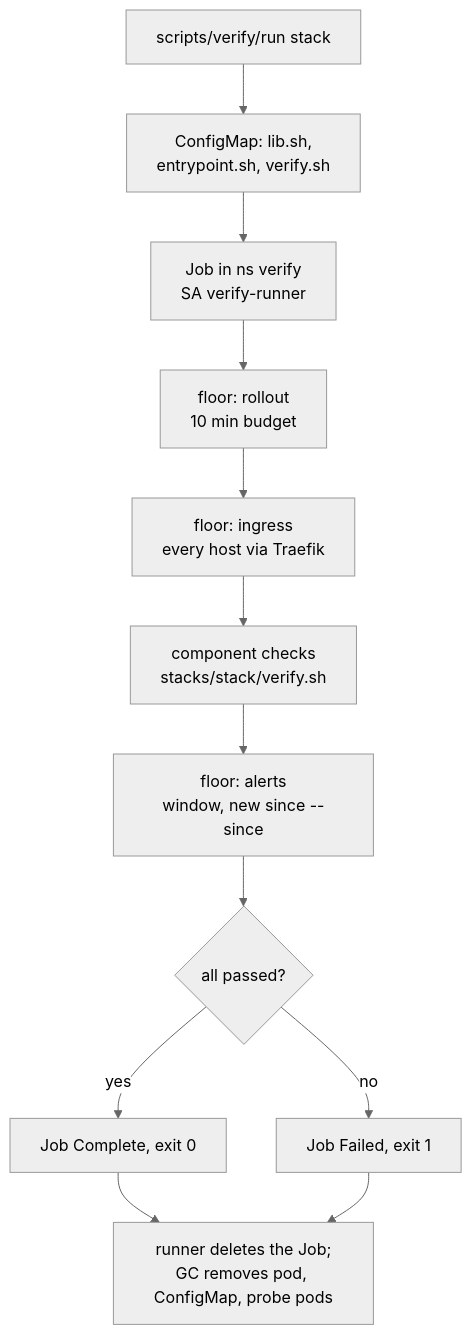
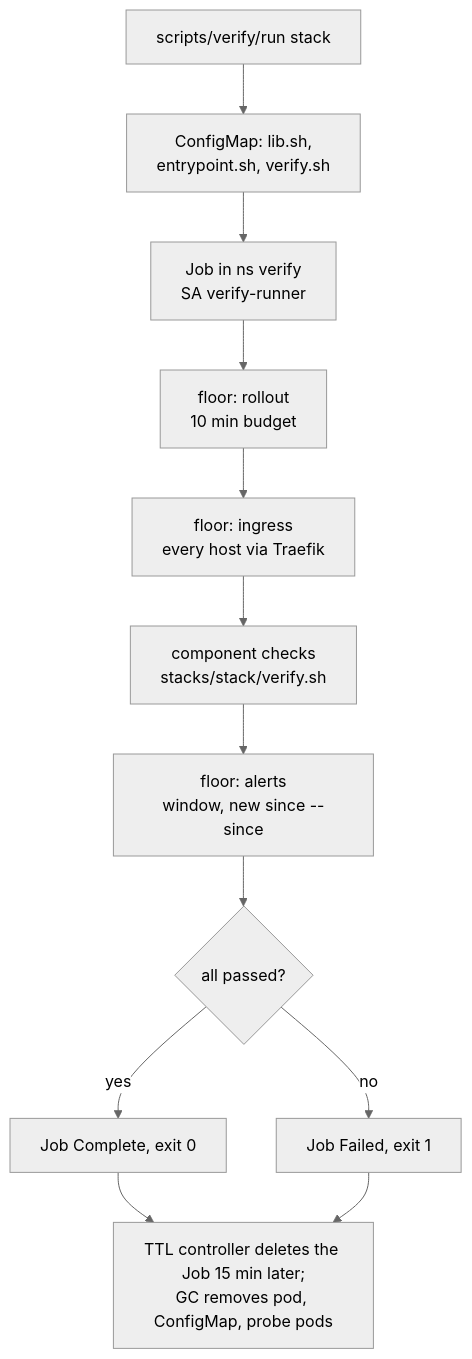
The diagram in docs/runbooks/verify-jobs.md (ViktorBarzin/infra), drawn with Mermaid (neutral theme) before and after one commit. The commit also changed other lines of this file and 2 other files, not shown here.

First line of the commit message:
verify: leave cleanup to the TTL controller and garbage collector

````diff
--- a/docs/runbooks/verify-jobs.md
+++ b/docs/runbooks/verify-jobs.md
@@ -31,14 +31,14 @@
 ```mermaid
 flowchart TD
   R[scripts/verify/run stack] --> CM[ConfigMap: lib.sh,<br/>entrypoint.sh, verify.sh]
   CM --> J[Job in ns verify<br/>SA verify-runner]
   J --> F1[floor: rollout<br/>10 min budget]
   F1 --> F2[floor: ingress<br/>every host via Traefik]
   F2 --> C[component checks<br/>stacks/stack/verify.sh]
   C --> F3[floor: alerts<br/>window, new since --since]
   F3 --> V{all passed?}
   V -->|yes| P[Job Complete, exit 0]
   V -->|no| X[Job Failed, exit 1]
-  P --> D[runner deletes the Job;<br/>GC removes pod, ConfigMap, probe pods]
+  P --> D[TTL controller deletes the Job 15 min later;<br/>GC removes pod, ConfigMap, probe pods]
   X --> D
 ```
````
